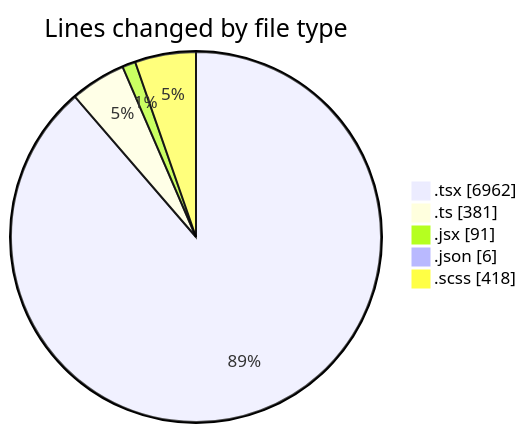
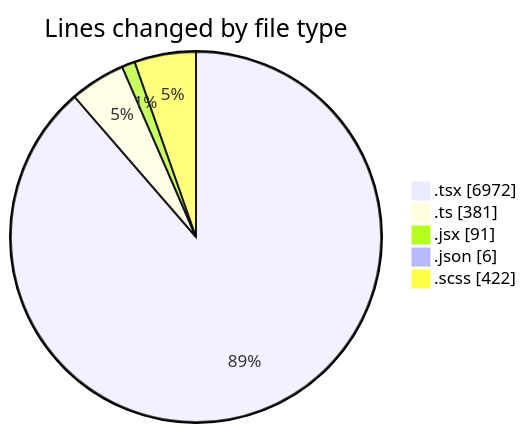
The first of 2 diagrams in 2026-04-27/cda/README.md (momahboobian/code-tracking), drawn with Mermaid before and after one commit. The commit also changed other lines of this file and 1 other file, not shown here.

````diff
--- a/2026-04-27/cda/README.md
+++ b/2026-04-27/cda/README.md
@@ -45,9 +46,9 @@
 ```mermaid
 pie showData
 title Lines changed by file type
-".tsx" : 6962
+".tsx" : 6972
 ".ts" : 381
 ".jsx" : 91
 ".json" : 6
-".scss" : 418
+".scss" : 422
 ```
````
